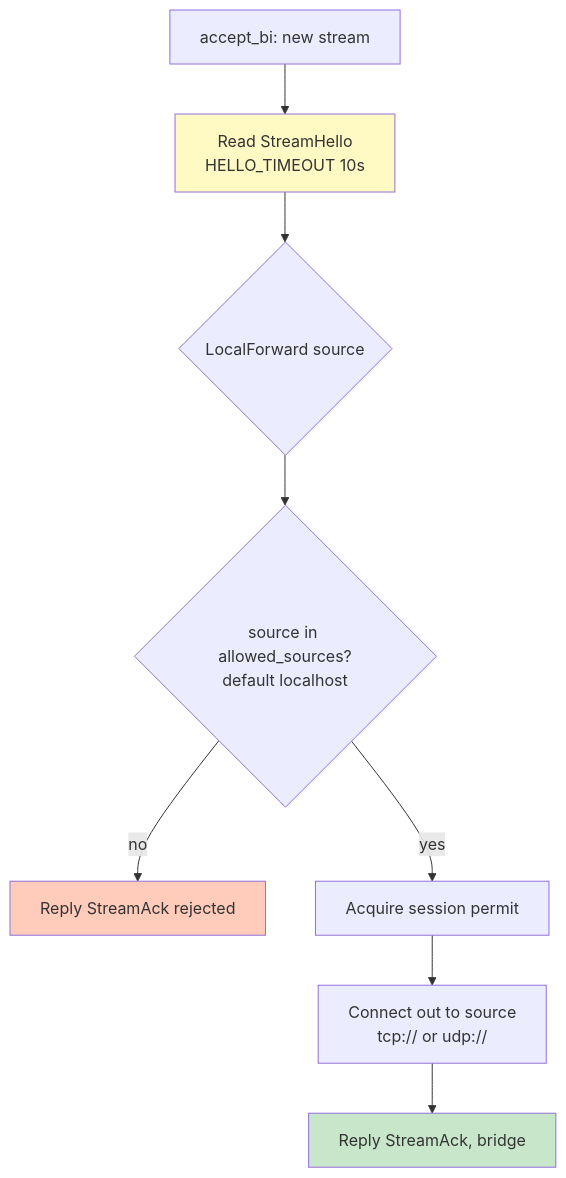
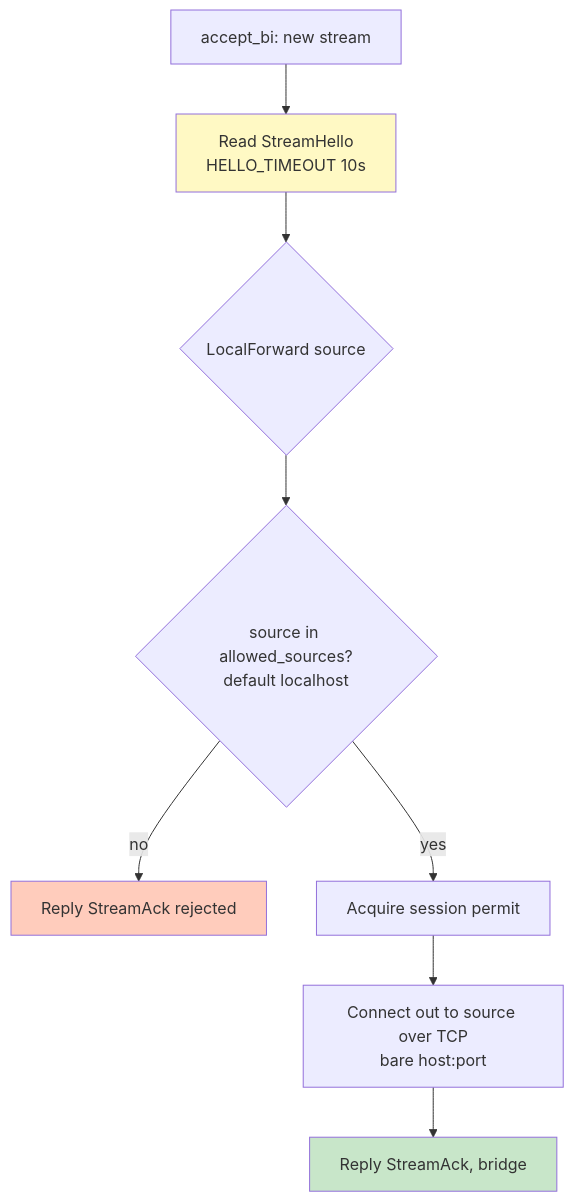
The seventh of 21 diagrams in docs/ARCHITECTURE.md (andrewtheguy/duopipe), drawn with Mermaid before and after one commit. The commit also changed other lines of this file and 17 other files, not shown here.

````diff
--- a/docs/ARCHITECTURE.md
+++ b/docs/ARCHITECTURE.md
@@ -258,15 +258,15 @@
 ```mermaid
 graph TB
     A[accept_bi: new stream] --> B[Read StreamHello<br/>HELLO_TIMEOUT 10s]
     B --> C{LocalForward source}
 
     C --> S{source in allowed_sources?<br/>default localhost}
     S -->|no| R[Reply StreamAck rejected]
     S -->|yes| D[Acquire session permit]
-    D --> E[Connect out to source<br/>tcp:// or udp://]
+    D --> E[Connect out to source over TCP<br/>bare host:port]
     E --> F[Reply StreamAck, bridge]
 
     style B fill:#FFF9C4
     style F fill:#C8E6C9
     style R fill:#FFCCBC
 ```
````
